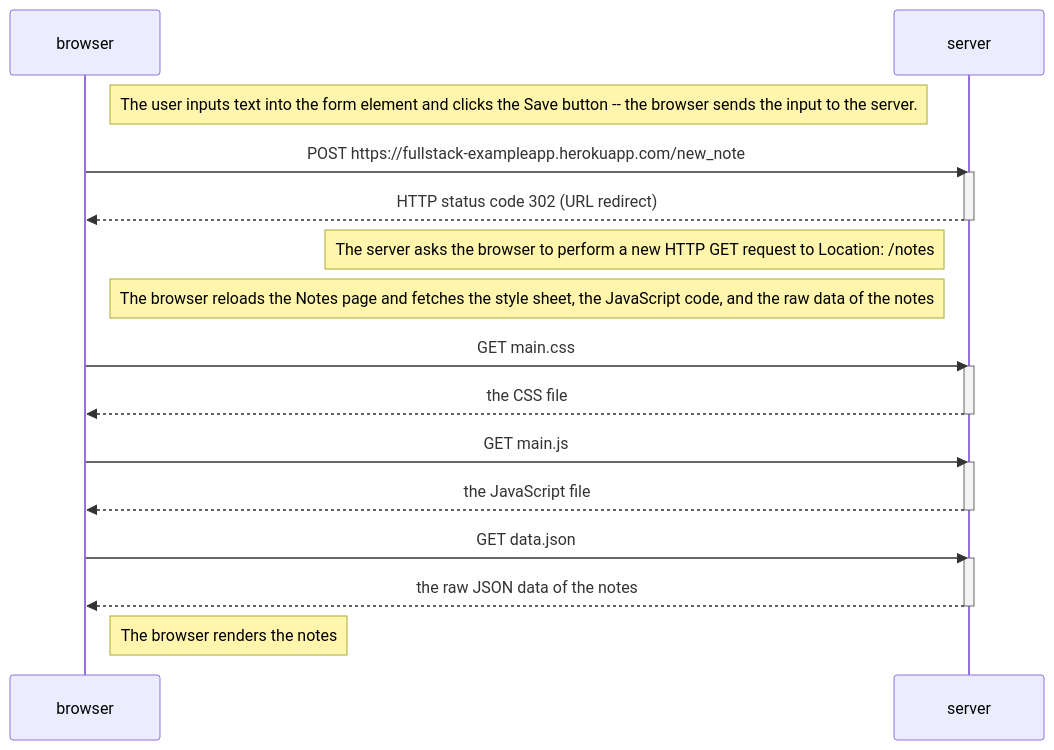
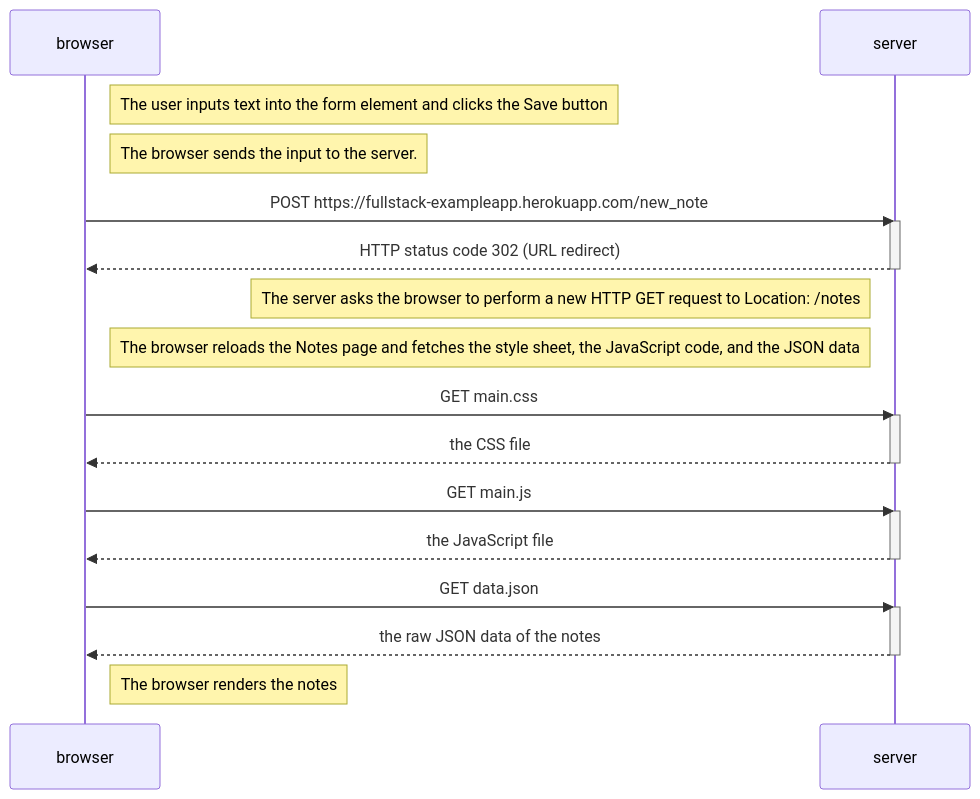
Before and after one commit to colbyramsay/fullstack-open: the diagram in part0/0.4.md, drawn with Mermaid.

Commit message:
Update notes for ex.0.4

````diff
--- a/part0/0.4.md
+++ b/part0/0.4.md
@@ -1,33 +1,34 @@
 ```mermaid
 sequenceDiagram
     participant browser
     participant server
 
-    Note right of browser: The user inputs text into the form element and clicks the Save button -- the browser sends the input to the server.
+    Note right of browser: The user inputs text into the form element and clicks the Save button
+    Note right of browser: The browser sends the input to the server.
 
     browser->>server: POST https://fullstack-exampleapp.herokuapp.com/new_note
     activate server
     server-->>browser: HTTP status code 302 (URL redirect)
     deactivate server
 
     Note left of server: The server asks the browser to perform a new HTTP GET request to Location: /notes
 
-    Note right of browser: The browser reloads the Notes page and fetches the style sheet, the JavaScript code, and the raw data of the notes
+    Note right of browser: The browser reloads the Notes page and fetches the style sheet, the JavaScript code, and the JSON data
     
     browser->>server: GET main.css
     activate server
     server-->>browser: the CSS file
     deactivate server
 
     browser->>server: GET main.js
     activate server
     server-->>browser: the JavaScript file
     deactivate server
 
     browser->>server: GET data.json
     activate server
     server-->>browser: the raw JSON data of the notes
     deactivate server
 
     Note right of browser: The browser renders the notes
 ```
````
